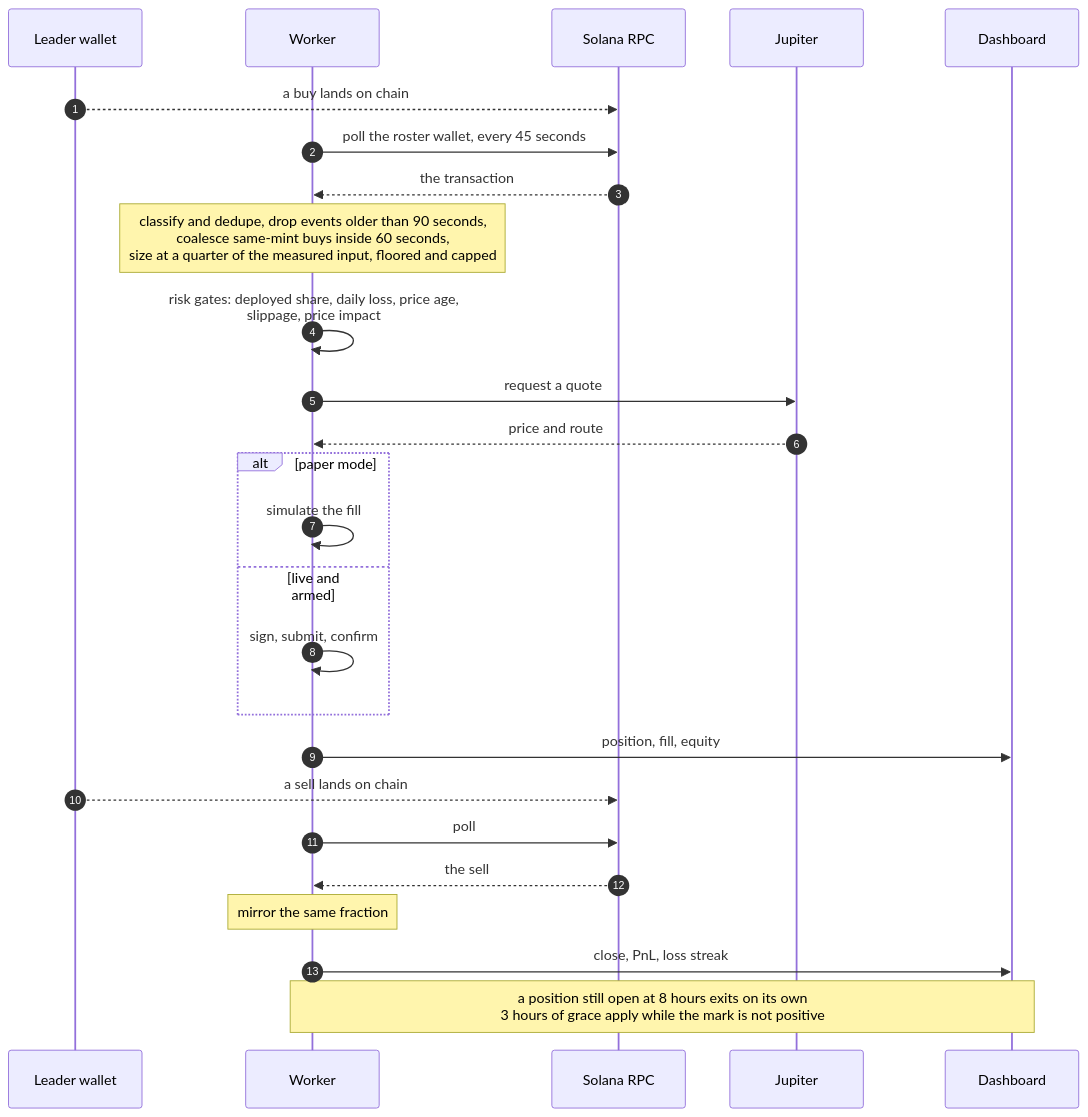
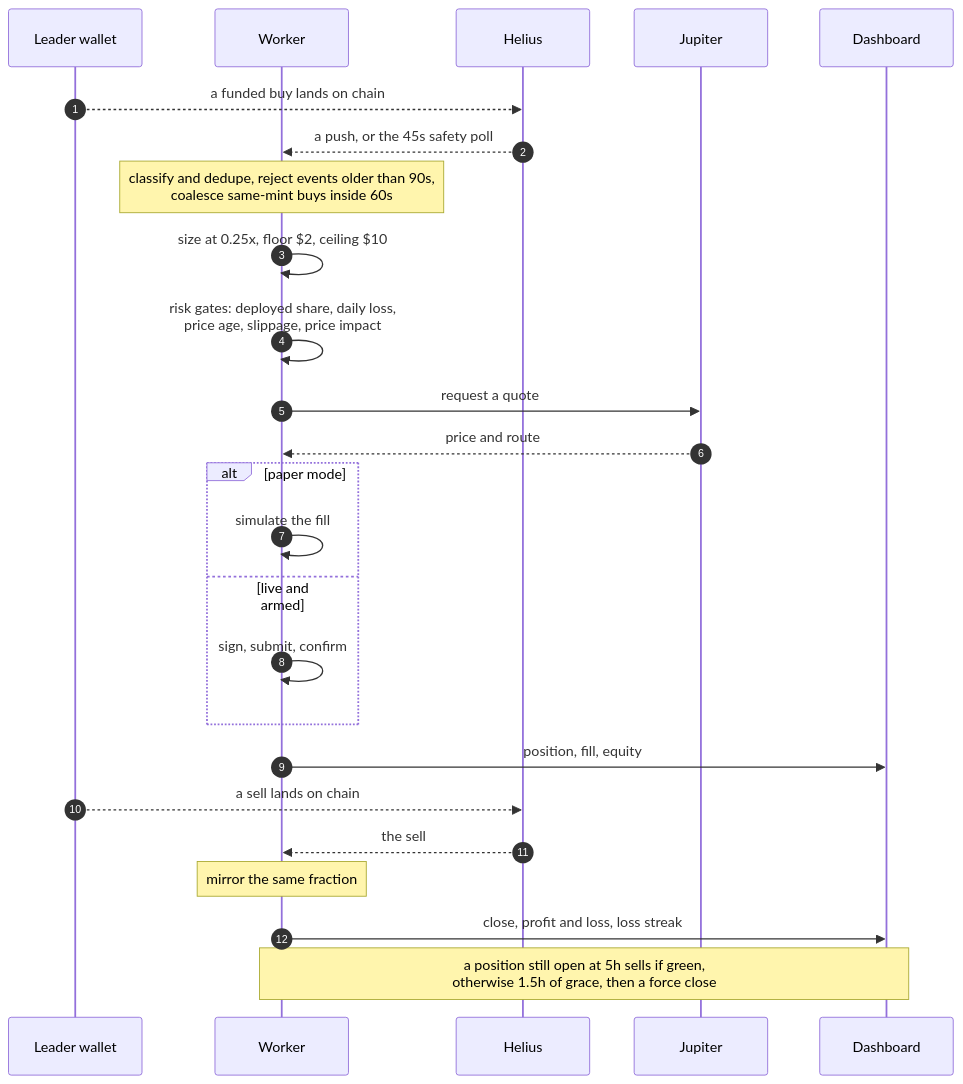
The diagram in docs/diagrams/one-copied-trade.mmd (RuneL89/zcode-copytrade-bot), drawn with Mermaid before and after one commit. The commit also changed 8 other files, not shown here.

```diff
--- a/docs/diagrams/one-copied-trade.mmd
+++ b/docs/diagrams/one-copied-trade.mmd
@@ -1,30 +1,29 @@
 %% Render: ~/.zcode/tools/mermaid-render/render.sh -i one-copied-trade.mmd -o ../images/one-copied-trade.png -b white -s 2 -w 1600
 sequenceDiagram
     autonumber
     participant L as Leader wallet
     participant W as Worker
-    participant R as Solana RPC
+    participant H as Helius
     participant J as Jupiter
     participant D as Dashboard
 
-    L-->>R: a buy lands on chain
-    W->>R: poll the roster wallet, every 45 seconds
-    R-->>W: the transaction
-    Note over W: classify and dedupe, drop events older than 90 seconds,<br/>coalesce same-mint buys inside 60 seconds,<br/>size at a quarter of the measured input, floored and capped
-    W->>W: risk gates: deployed share, daily loss, price age,<br/>slippage, price impact
+    L-->>H: a funded buy lands on chain
+    H-->>W: a push, or the 45s safety poll
+    Note over W: classify and dedupe, reject events older than 90s,<br/>coalesce same-mint buys inside 60s
+    W->>W: size at 0.25x, floor $2, ceiling $10
+    W->>W: risk gates: deployed share, daily loss,<br/>price age, slippage, price impact
     W->>J: request a quote
     J-->>W: price and route
     alt paper mode
         W->>W: simulate the fill
     else live and armed
         W->>W: sign, submit, confirm
     end
     W->>D: position, fill, equity
 
-    L-->>R: a sell lands on chain
-    W->>R: poll
-    R-->>W: the sell
+    L-->>H: a sell lands on chain
+    H-->>W: the sell
     Note over W: mirror the same fraction
-    W->>D: close, PnL, loss streak
+    W->>D: close, profit and loss, loss streak
 
-    Note over W,D: a position still open at 8 hours exits on its own<br/>3 hours of grace apply while the mark is not positive
+    Note over W,D: a position still open at 5h sells if green,<br/>otherwise 1.5h of grace, then a force close
```
